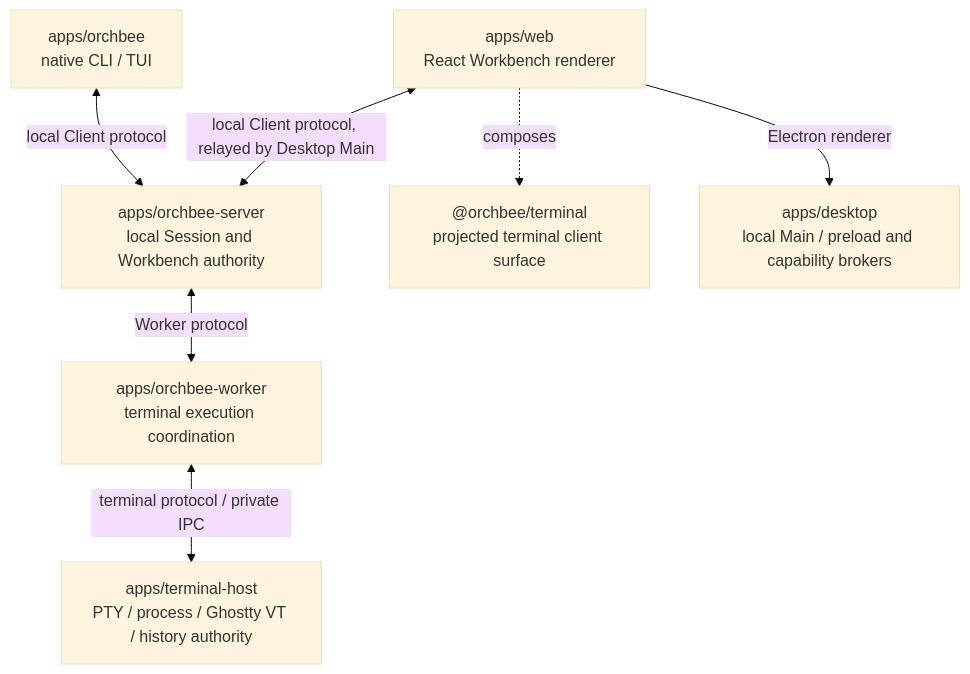
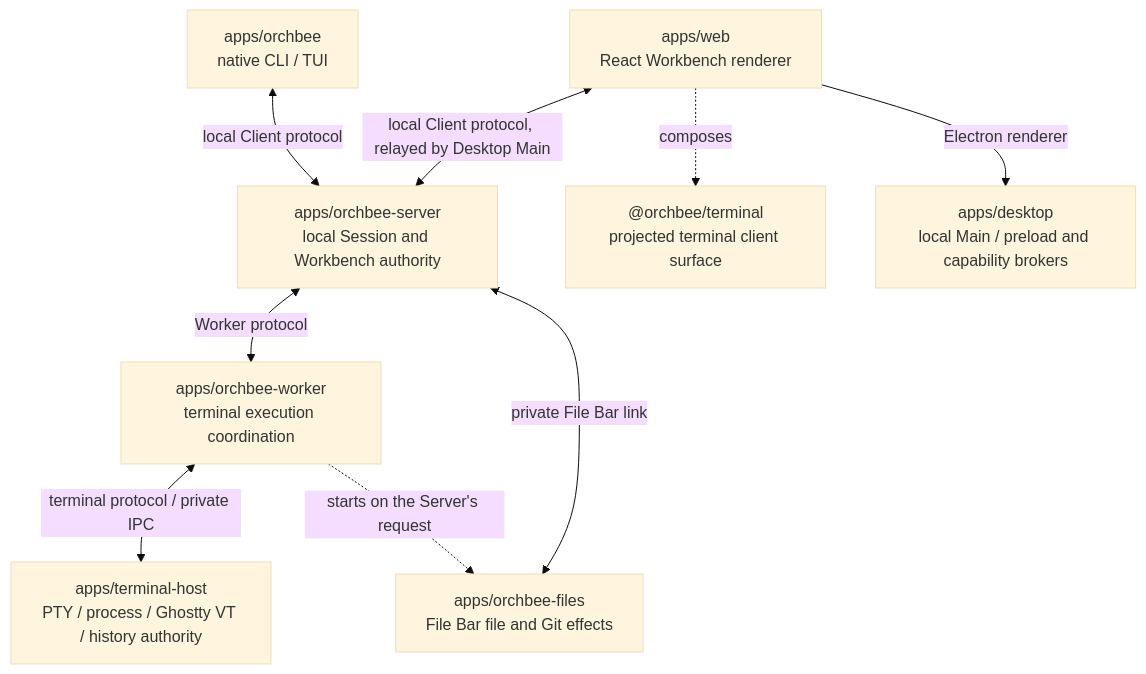
Before and after one commit to i-need-token/orchbee: the diagram in docs/ARCHITECTURE.md, drawn with Mermaid (base theme). The commit also changed 3 other files, not shown here.

````diff
--- a/docs/ARCHITECTURE.md
+++ b/docs/ARCHITECTURE.md
@@ -24,9 +24,11 @@
 ```mermaid
 flowchart TB
  Native["apps/orchbee<br/>native CLI / TUI"] <-->|"local Client protocol"| Server["apps/orchbee-server<br/>local Session and Workbench authority"]
  Server <-->|"Worker protocol"| Worker["apps/orchbee-worker<br/>terminal execution coordination"]
  Worker <-->|"terminal protocol / private IPC"| Host["apps/terminal-host<br/>PTY / process / Ghostty VT / history authority"]
+ Worker -. "starts on the Server's request" .-> Files["apps/orchbee-files<br/>File Bar file and Git effects"]
+ Server <-->|"private File Bar link"| Files
  Web["apps/web<br/>React Workbench renderer"] <-->|"local Client protocol, relayed by Desktop Main"| Server
  Web -. "composes" .-> Terminal["@orchbee/terminal<br/>projected terminal client surface"]
  Web -->|"Electron renderer"| Desktop["apps/desktop<br/>local Main / preload and capability brokers"]
 ```
````
